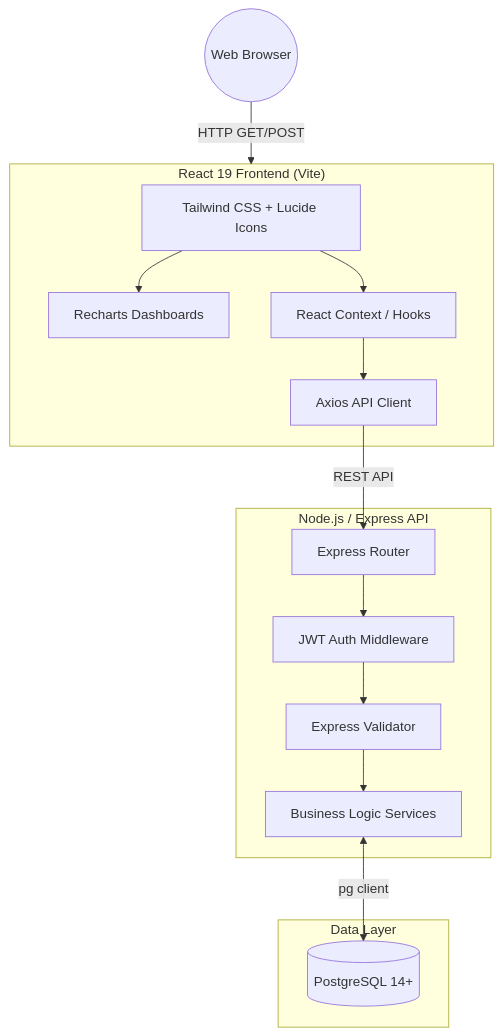
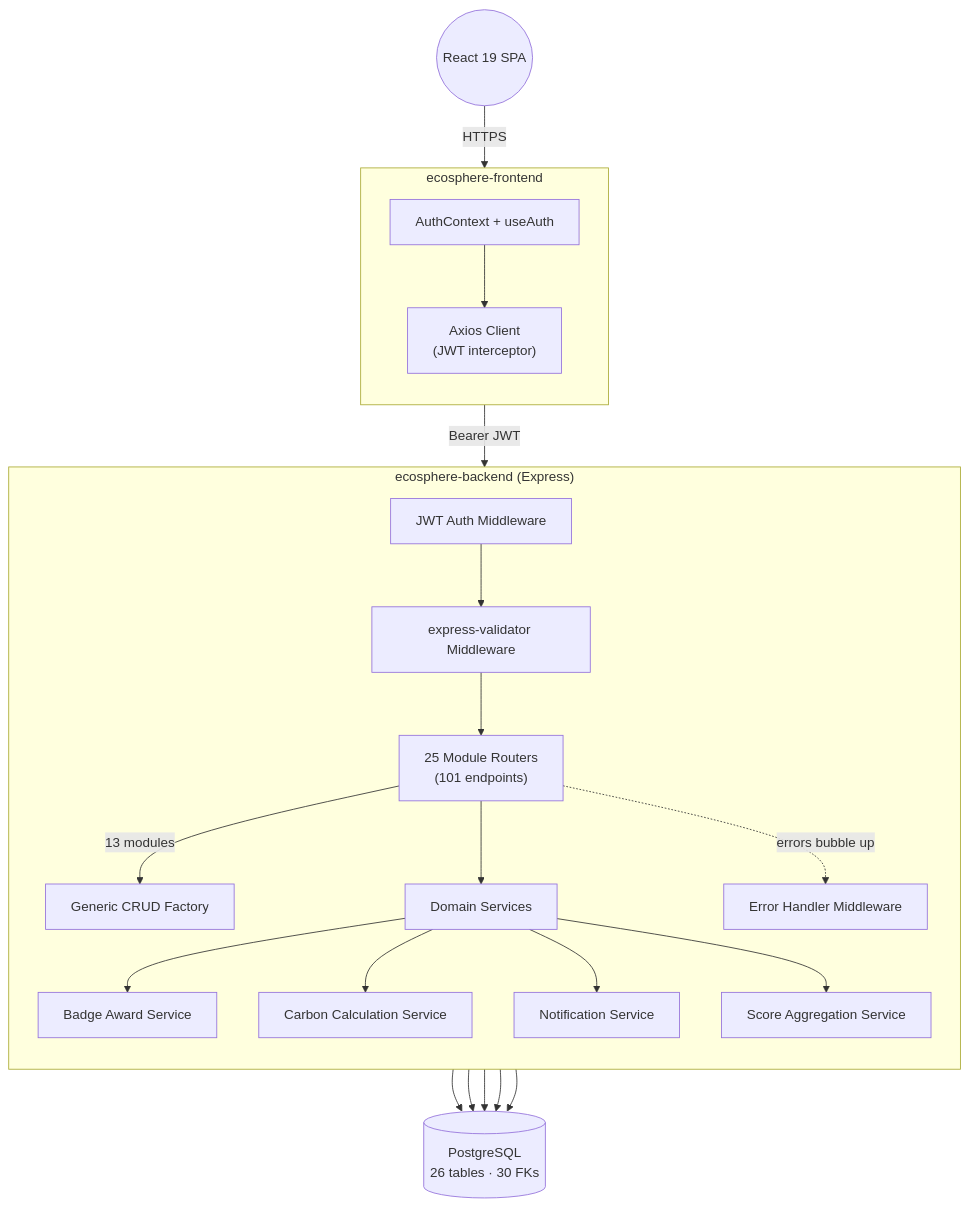
Before and after one commit to 14-DHIVYA/ESG-Management-Platform: the diagram in README.md, drawn with Mermaid. The commit also changed other lines of this file, not shown here.

````diff
--- a/README.md
+++ b/README.md
@@ -67,32 +89,40 @@
 ```mermaid
 flowchart TB
-    Client((Web Browser))
-    
-    subgraph Frontend["React 19 Frontend (Vite)"]
-        UI[Tailwind CSS + Lucide Icons]
-        Charts[Recharts Dashboards]
-        State[React Context / Hooks]
-        API_Client[Axios API Client]
-        
-        UI --> Charts
-        UI --> State
-        State --> API_Client
+    Client((React 19 SPA))
+
+    subgraph Frontend["ecosphere-frontend"]
+        direction TB
+        AuthCtx[AuthContext + useAuth]
+        APIClient["Axios Client<br/>(JWT interceptor)"]
+        AuthCtx --> APIClient
     end
-    
-    subgraph Backend["Node.js / Express API"]
-        Router[Express Router]
-        AuthMW[JWT Auth Middleware]
-        Validation[Express Validator]
-        Services[Business Logic Services]
-        
-        Router --> AuthMW --> Validation --> Services
+
+    subgraph Backend["ecosphere-backend (Express)"]
+        direction TB
+        MW_Auth[JWT Auth Middleware]
+        MW_Validate[express-validator Middleware]
+        MW_Error[Error Handler Middleware]
+
+        Routes["25 Module Routers<br/>(101 endpoints)"]
+        CRUDFactory[Generic CRUD Factory]
+
+        Services["Domain Services"]
+        BadgeSvc[Badge Award Service]
+        CarbonSvc[Carbon Calculation Service]
+        NotifSvc[Notification Service]
+        ScoreSvc[Score Aggregation Service]
+
+        MW_Auth --> MW_Validate --> Routes
+        Routes -->|13 modules| CRUDFactory
+        Routes --> Services
+        Services --> BadgeSvc & CarbonSvc & NotifSvc & ScoreSvc
+        Routes -.->|errors bubble up| MW_Error
     end
-    
-    subgraph Infrastructure["Data Layer"]
-        DB[(PostgreSQL 14+)]
-    end
-    
-    Client -->|HTTP GET/POST| Frontend
-    API_Client -->|REST API| Router
-    Services <-->|pg client| DB
+
+    DB[(PostgreSQL<br/>26 tables · 30 FKs)]
+
+    Client -->|HTTPS| APIClient
+    APIClient -->|Bearer JWT| MW_Auth
+    CRUDFactory --> DB
+    BadgeSvc & CarbonSvc & NotifSvc & ScoreSvc --> DB
 ```
````
